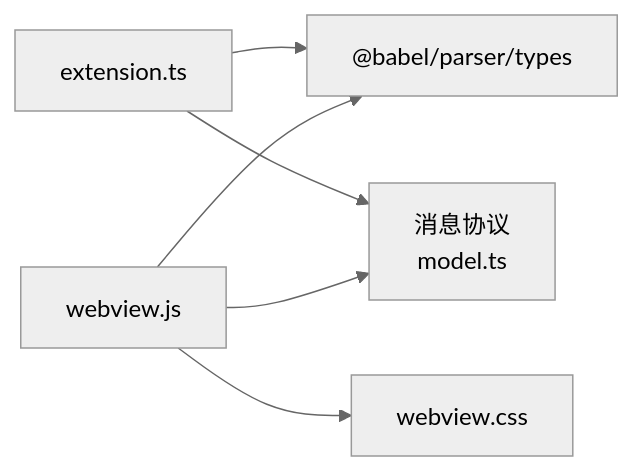
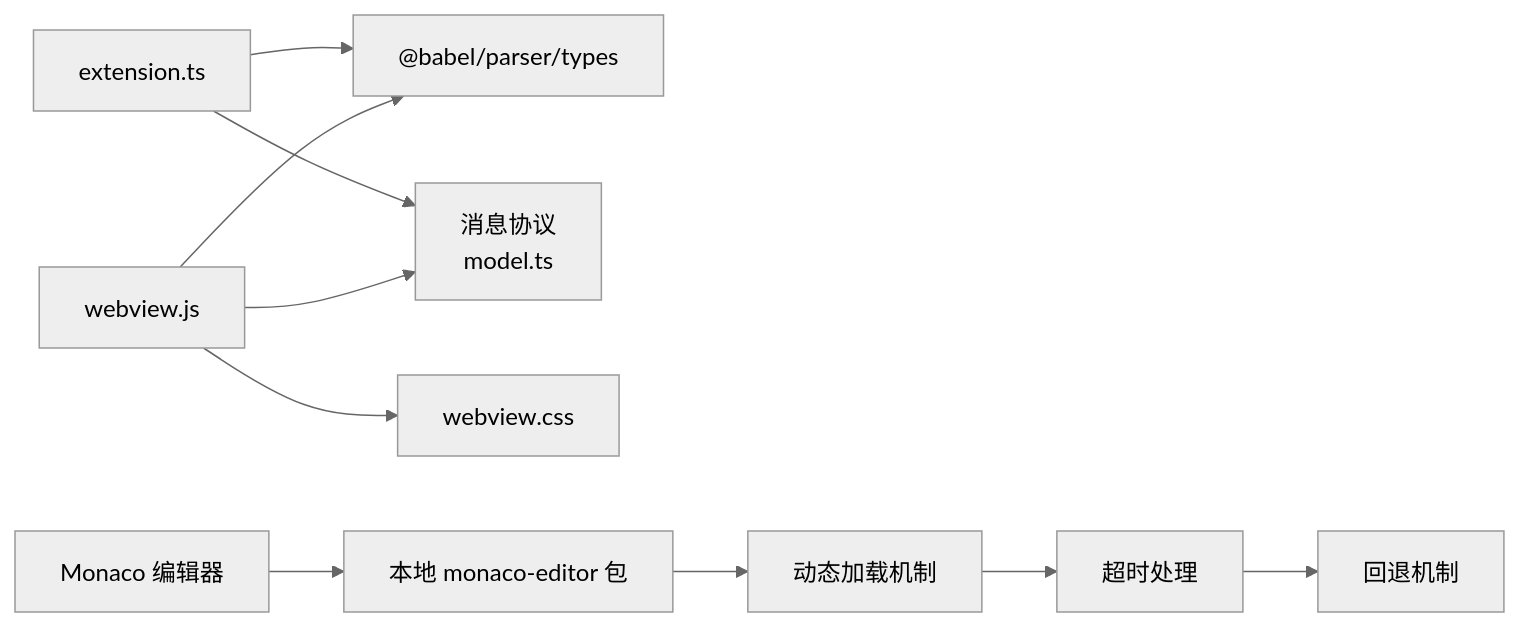
Before and after one commit to meiok1/wysjson: the seventh of 7 diagrams in .qoder/repowiki/zh/content/高级功能特性/编辑器功能.md, drawn with Mermaid (neutral theme). The commit also changed other lines of this file and 390 other files, not shown here.

````diff
--- a/.qoder/repowiki/zh/content/高级功能特性/编辑器功能.md
+++ b/.qoder/repowiki/zh/content/高级功能特性/编辑器功能.md
@@ -298,8 +418,12 @@
 ```mermaid
 graph LR
 VS["extension.ts"] --> PARSER["@babel/parser/types"]
 VS --> MSG["消息协议<br/>model.ts"]
 WV["webview.js"] --> CSS["webview.css"]
 WV --> MSG
 WV --> PARSER
+MONACO["Monaco 编辑器"] --> LOCAL["本地 monaco-editor 包"]
+LOCAL --> DYNAMIC["动态加载机制"]
+DYNAMIC --> TIMEOUT["超时处理"]
+TIMEOUT --> FALLBACK["回退机制"]
 ```
````
